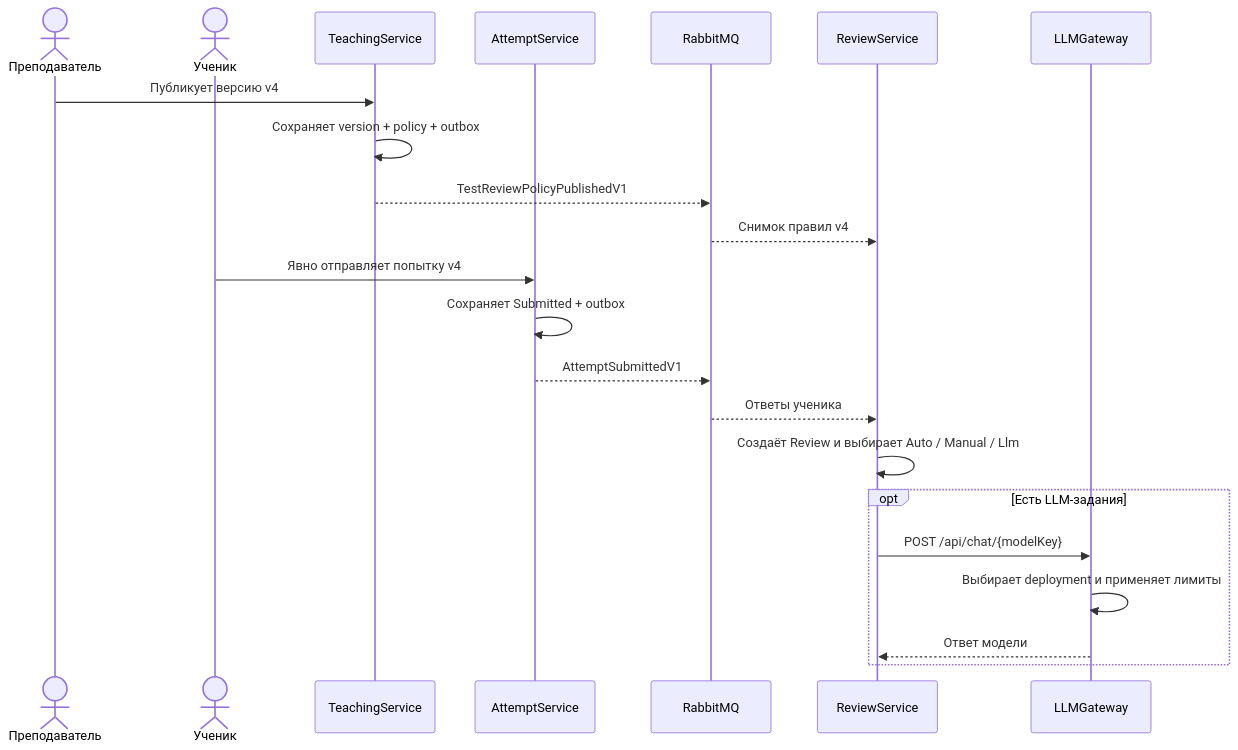
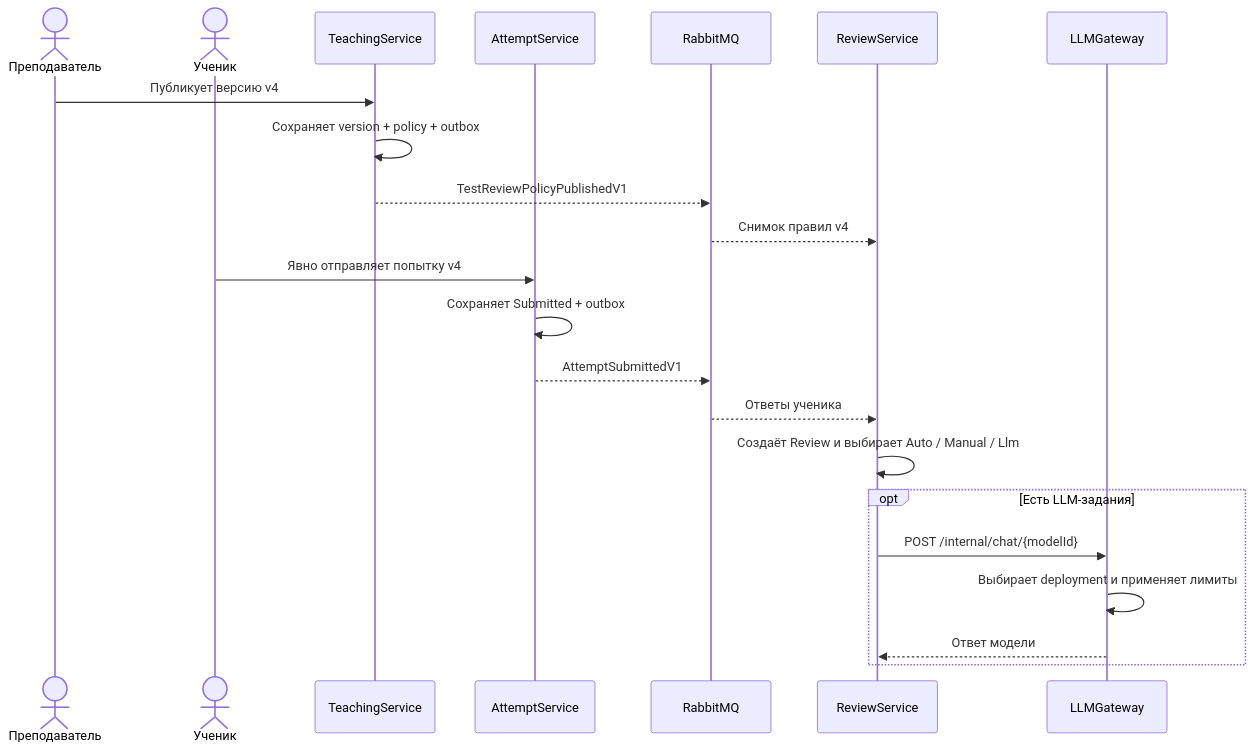
One commit to KomaMix/LLMTutorRoom changed the second of 2 diagrams in docs/architecture.md. Above: the diagram before and after it, drawn with Mermaid. The commit also changed other lines of this file and 135 other files, not shown here.

````diff
--- a/docs/architecture.md
+++ b/docs/architecture.md
@@ -73,26 +73,26 @@
 ```mermaid
 sequenceDiagram
     actor Teacher as Преподаватель
     actor Student as Ученик
     participant Teaching as TeachingService
     participant Attempt as AttemptService
     participant Rabbit as RabbitMQ
     participant Review as ReviewService
     participant Gateway as LLMGateway
 
     Teacher->>Teaching: Публикует версию v4
     Teaching->>Teaching: Сохраняет version + policy + outbox
     Teaching-->>Rabbit: TestReviewPolicyPublishedV1
     Rabbit-->>Review: Снимок правил v4
 
     Student->>Attempt: Явно отправляет попытку v4
     Attempt->>Attempt: Сохраняет Submitted + outbox
     Attempt-->>Rabbit: AttemptSubmittedV1
     Rabbit-->>Review: Ответы ученика
     Review->>Review: Создаёт Review и выбирает Auto / Manual / Llm
     opt Есть LLM-задания
-        Review->>Gateway: POST /api/chat/{modelKey}
+        Review->>Gateway: POST /internal/chat/{modelId}
         Gateway->>Gateway: Выбирает deployment и применяет лимиты
         Gateway-->>Review: Ответ модели
     end
 ```
````
